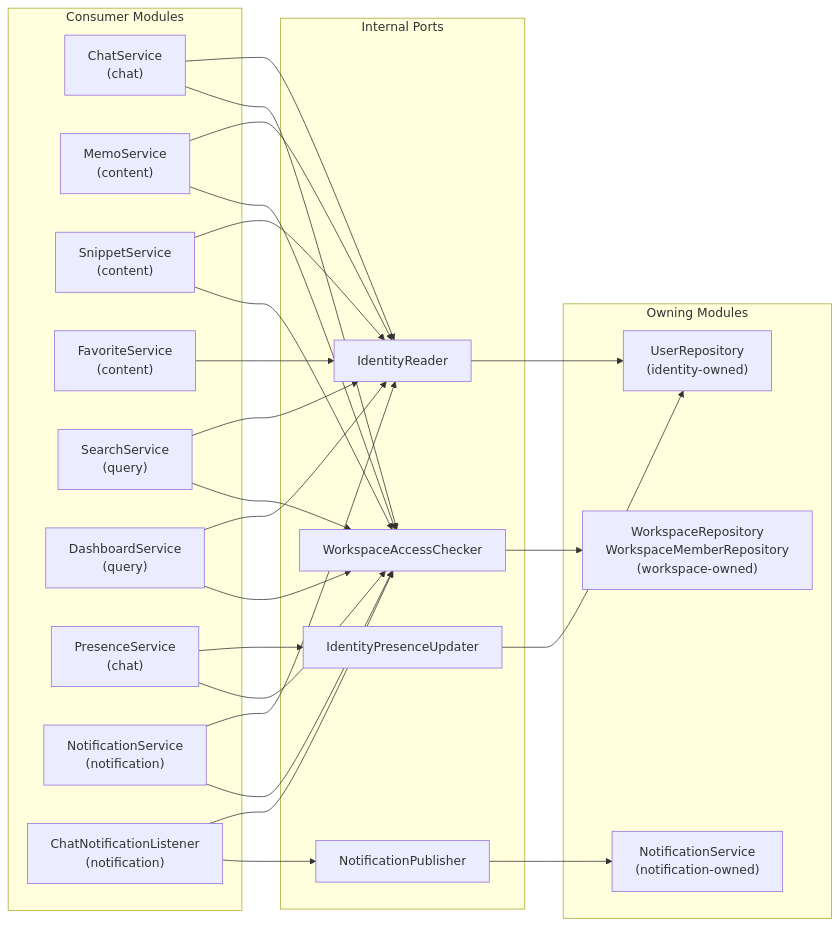
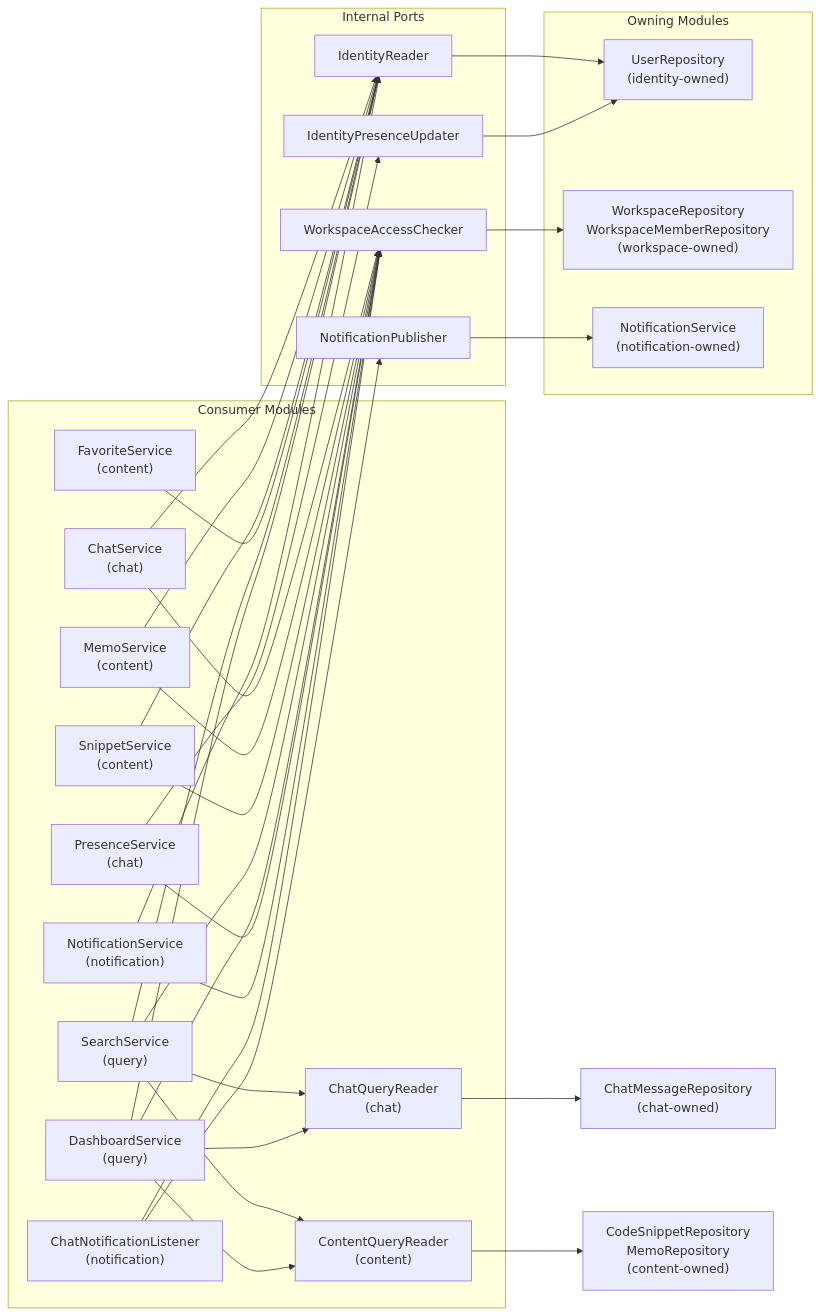
Before and after one commit to jdhert/SceneHive: the fifth of 7 diagrams in README.md, drawn with Mermaid. The commit also changed other lines of this file and 11 other files, not shown here.

````diff
--- a/README.md
+++ b/README.md
@@ -217,50 +217,58 @@
 ```mermaid
 flowchart LR
     subgraph Consumers["Consumer Modules"]
         ChatService["ChatService\n(chat)"]
+        ChatQueryReader["ChatQueryReader\n(chat)"]
         MemoService["MemoService\n(content)"]
         SnippetService["SnippetService\n(content)"]
+        ContentQueryReader["ContentQueryReader\n(content)"]
         FavoriteService["FavoriteService\n(content)"]
         SearchService["SearchService\n(query)"]
         DashboardService["DashboardService\n(query)"]
         PresenceService["PresenceService\n(chat)"]
         NotificationService["NotificationService\n(notification)"]
         ChatListener["ChatNotificationListener\n(notification)"]
     end
 
     subgraph Ports["Internal Ports"]
         IdentityReader["IdentityReader"]
         IdentityPresenceUpdater["IdentityPresenceUpdater"]
         WorkspaceAccessChecker["WorkspaceAccessChecker"]
         NotificationPublisher["NotificationPublisher"]
     end
 
     subgraph Owners["Owning Modules"]
         UserRepo["UserRepository\n(identity-owned)"]
         WorkspaceRepos["WorkspaceRepository\nWorkspaceMemberRepository\n(workspace-owned)"]
         NotificationSvc["NotificationService\n(notification-owned)"]
     end
 
     ChatService --> IdentityReader
     ChatService --> WorkspaceAccessChecker
+    SearchService --> ChatQueryReader
+    DashboardService --> ChatQueryReader
+    SearchService --> ContentQueryReader
+    DashboardService --> ContentQueryReader
     MemoService --> IdentityReader
     MemoService --> WorkspaceAccessChecker
     SnippetService --> IdentityReader
     SnippetService --> WorkspaceAccessChecker
     FavoriteService --> IdentityReader
     SearchService --> IdentityReader
     SearchService --> WorkspaceAccessChecker
     DashboardService --> IdentityReader
     DashboardService --> WorkspaceAccessChecker
     PresenceService --> IdentityPresenceUpdater
     PresenceService --> WorkspaceAccessChecker
     NotificationService --> IdentityReader
     NotificationService --> WorkspaceAccessChecker
     ChatListener --> WorkspaceAccessChecker
     ChatListener --> NotificationPublisher
 
     IdentityReader --> UserRepo
     IdentityPresenceUpdater --> UserRepo
+    ChatQueryReader --> ChatRepos["ChatMessageRepository\n(chat-owned)"]
+    ContentQueryReader --> ContentRepos["CodeSnippetRepository\nMemoRepository\n(content-owned)"]
     WorkspaceAccessChecker --> WorkspaceRepos
     NotificationPublisher --> NotificationSvc
 ```
````
